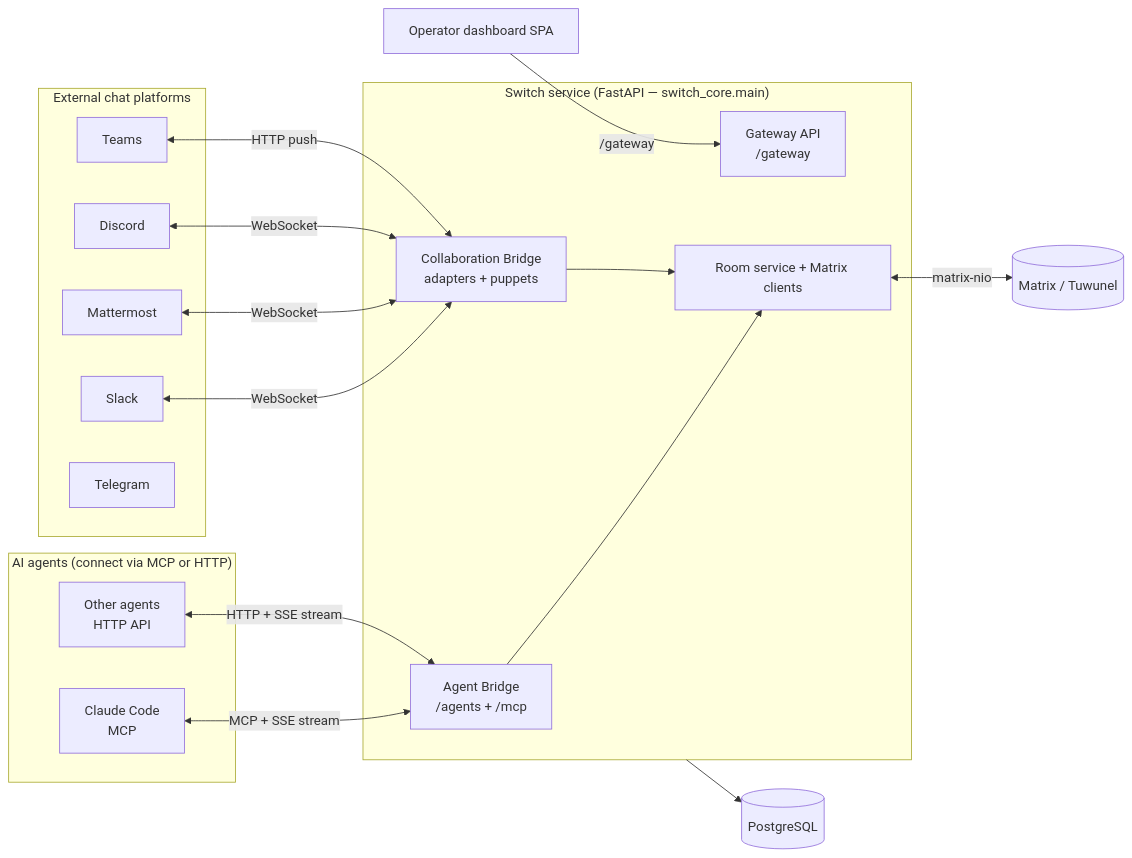
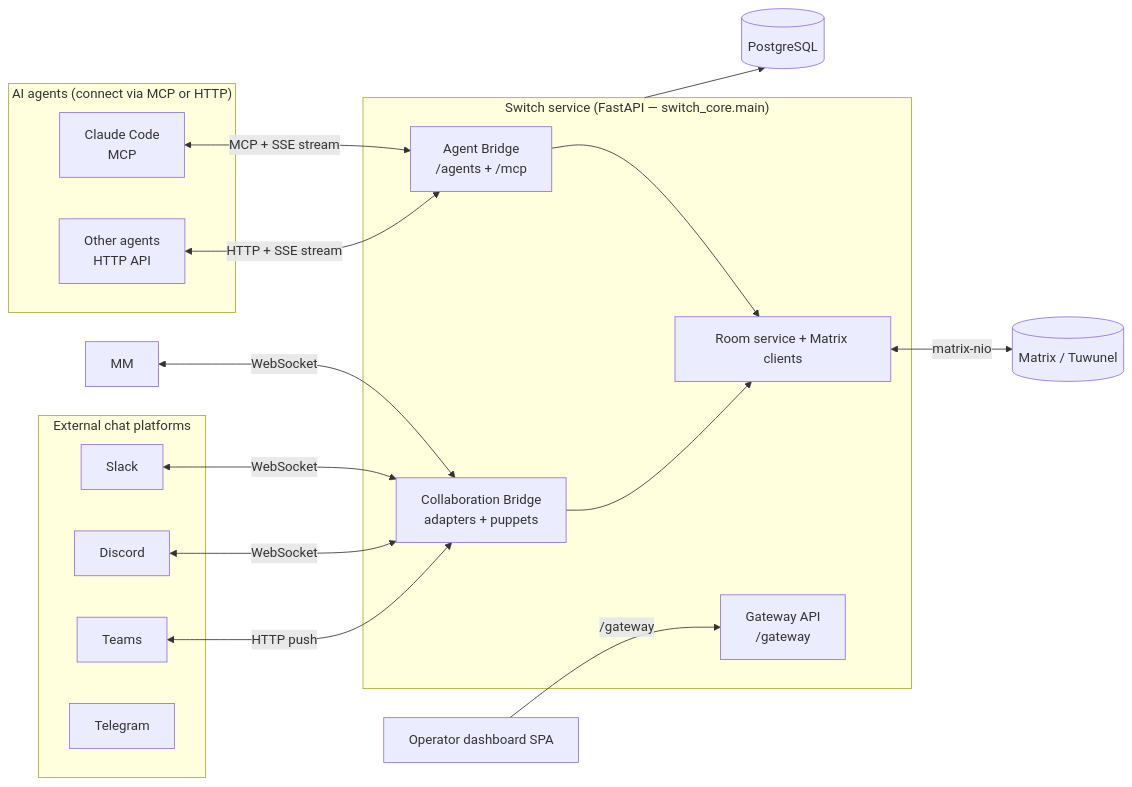
The first of 2 diagrams in docs/old/ARCHITECTURE.md (sandbox-quantum/switch), drawn with Mermaid before and after one commit. The commit also changed other lines of this file and 406 other files, not shown here.

````diff
--- a/docs/old/ARCHITECTURE.md
+++ b/docs/old/ARCHITECTURE.md
@@ -54,38 +54,37 @@
 ```mermaid
 flowchart LR
   subgraph ext["External chat platforms"]
     SL[Slack]
-    MM[Mattermost]
     DC[Discord]
     TE[Teams]
     TG[Telegram]
   end
 
   subgraph agents["AI agents (connect via MCP or HTTP)"]
     A1[Claude Code<br/>MCP]
     A2[Other agents<br/>HTTP API]
   end
 
   subgraph svc["Switch service (FastAPI — switch_core.main)"]
     AB[Agent Bridge<br/>/agents + /mcp]
     CB[Collaboration Bridge<br/>adapters + puppets]
     GW[Gateway API<br/>/gateway]
     CORE[Room service + Matrix clients]
   end
 
   MX[("Matrix / Tuwunel")]
   DB[("PostgreSQL")]
   OPS[Operator dashboard SPA]
 
   A1 <-->|MCP + SSE stream| AB
   A2 <-->|HTTP + SSE stream| AB
   SL <-->|WebSocket| CB
   MM <-->|WebSocket| CB
   DC <-->|WebSocket| CB
   TE <-->|HTTP push| CB
   AB --> CORE
   CB --> CORE
   CORE <-->|matrix-nio| MX
   svc --> DB
   OPS -->|/gateway| GW
 ```
````
